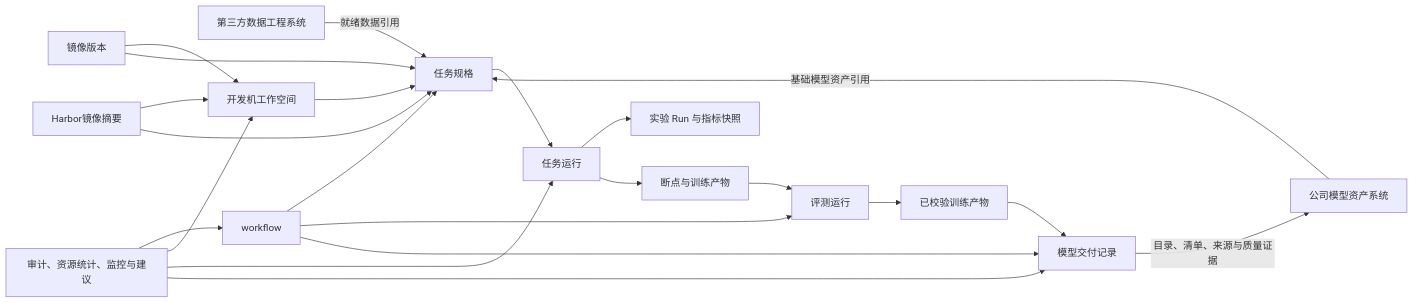
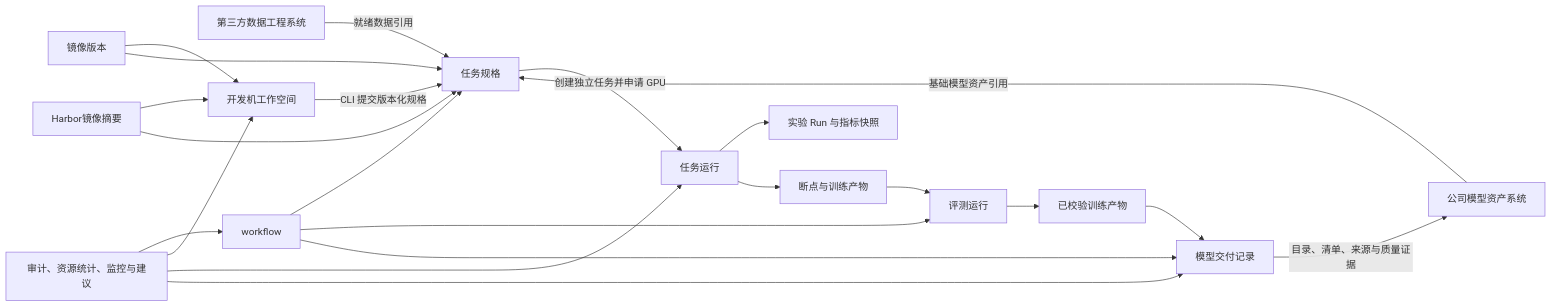
Before and after one commit to gqcn/ltp: the third of 3 diagrams in docs/平台规划/0-大模型训练平台规划.md, drawn with Mermaid. The commit also changed other lines of this file and 7 other files, not shown here.

Commit message:
docs: separate development workspace and training gpu resources

````diff
--- a/docs/平台规划/0-大模型训练平台规划.md
+++ b/docs/平台规划/0-大模型训练平台规划.md
@@ -83,24 +83,24 @@
 ```mermaid
 flowchart LR
     dataSystem["第三方数据工程系统"] -->|"就绪数据引用"| spec["任务规格"]
     asset["公司模型资产系统"] -->|"基础模型资产引用"| spec
     image["镜像版本"] --> workspace["开发机工作空间"]
     image --> spec
     remoteImage["Harbor镜像摘要"] --> workspace
     remoteImage --> spec
-    workspace --> spec
-    spec --> run["任务运行"]
+    workspace -->|"CLI 提交版本化规格"| spec
+    spec -->|"创建独立任务并申请 GPU"| run["任务运行"]
     run --> experiment["实验 Run 与指标快照"]
     run --> ckpt["断点与训练产物"]
     ckpt --> eval["评测运行"]
     eval --> artifact["已校验训练产物"]
     artifact --> delivery["模型交付记录"]
     delivery -->|"目录、清单、来源与质量证据"| asset
     workflow --> spec
     workflow --> eval
     workflow --> delivery
     governance["审计、资源统计、监控与建议"] --> workflow
     governance --> workspace
     governance --> run
     governance --> delivery
 ```
````
